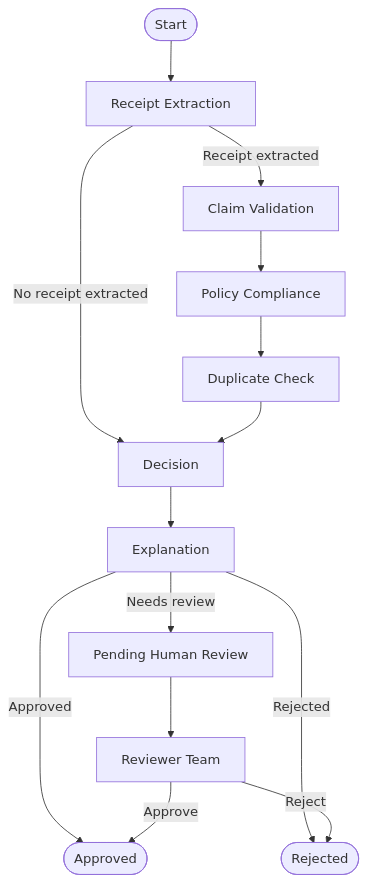
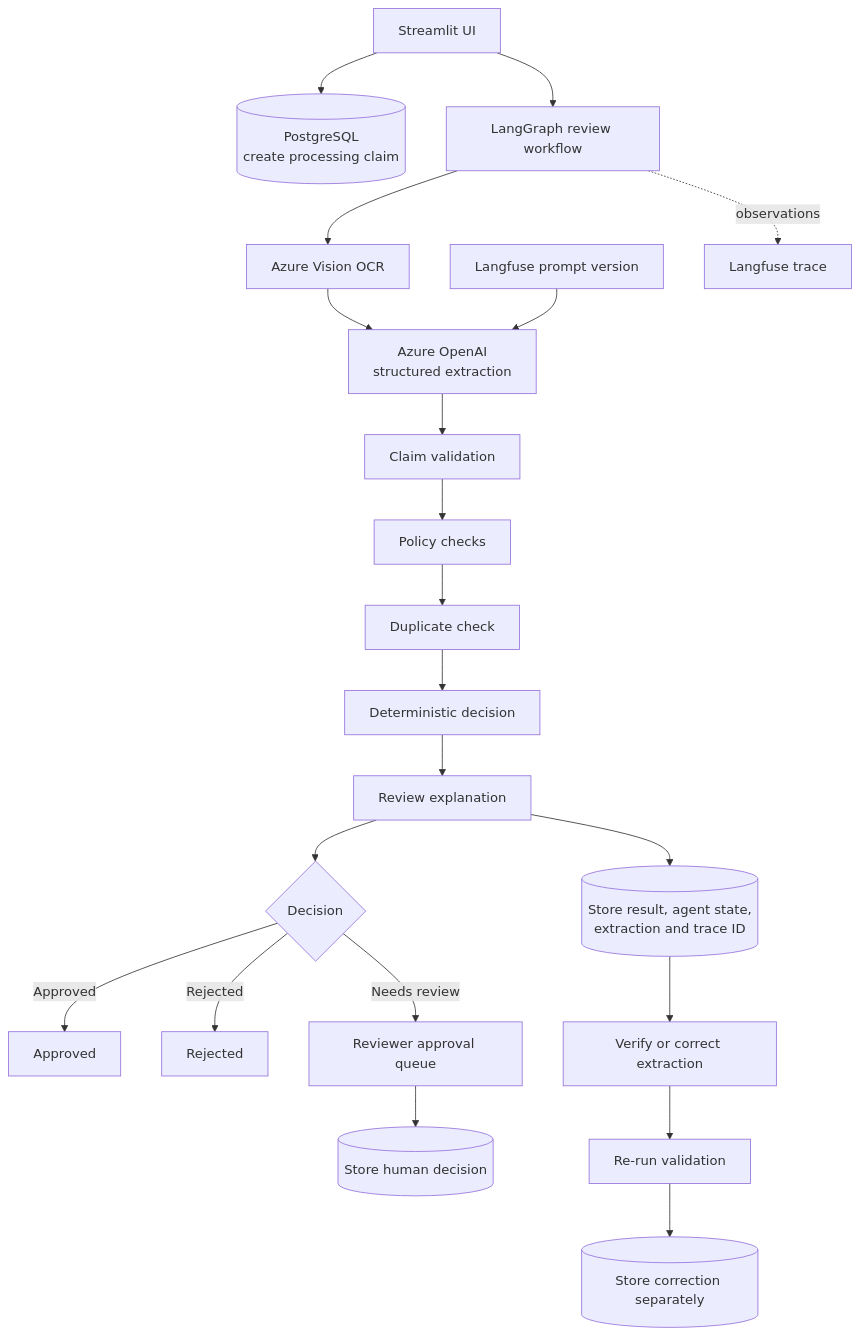
The diagram in README.md (bebbieyin/expense-claim-agent), drawn with Mermaid before and after one commit. The commit also changed other lines of this file and 5 other files, not shown here.

````diff
--- a/README.md
+++ b/README.md
@@ -7,16 +30,28 @@
 ```mermaid
 flowchart TD
-    START([Start]) --> extraction[Receipt Extraction]
-    extraction -->|Receipt extracted| validation[Claim Validation]
-    extraction -->|No receipt extracted| decision[Decision]
-    validation --> policy[Policy Compliance]
-    policy --> duplicate[Duplicate Check]
-    duplicate --> decision
-    decision --> explanation[Explanation]
-    explanation -->|Approved| approved([Approved])
-    explanation -->|Rejected| rejected([Rejected])
-    explanation -->|Needs review| pending[Pending Human Review]
-    pending --> reviewer[Reviewer Team]
-    reviewer -->|Approve| approved
-    reviewer -->|Reject| rejected
+    UI[Streamlit UI] --> DB1[(PostgreSQL<br/>create processing claim)]
+    UI --> GRAPH[LangGraph review workflow]
+
+    GRAPH --> OCR[Azure Vision OCR]
+    OCR --> LLM[Azure OpenAI<br/>structured extraction]
+    LF[Langfuse prompt version] --> LLM
+
+    LLM --> VALIDATE[Claim validation]
+    VALIDATE --> POLICY[Policy checks]
+    POLICY --> DUPLICATE[Duplicate check]
+    DUPLICATE --> DECISION[Deterministic decision]
+    DECISION --> SUMMARY[Review explanation]
+
+    SUMMARY --> DB2[(Store result, agent state,<br/>extraction and trace ID)]
+    SUMMARY --> RESULT{Decision}
+    RESULT -->|Approved| APPROVED[Approved]
+    RESULT -->|Rejected| REJECTED[Rejected]
+    RESULT -->|Needs review| REVIEW[Reviewer approval queue]
+    REVIEW --> DB3[(Store human decision)]
+
+    DB2 --> CORRECTION[Verify or correct extraction]
+    CORRECTION --> REVALIDATE[Re-run validation]
+    REVALIDATE --> DB4[(Store correction separately)]
+
+    GRAPH -. observations .-> LFTRACE[Langfuse trace]
 ```
````
